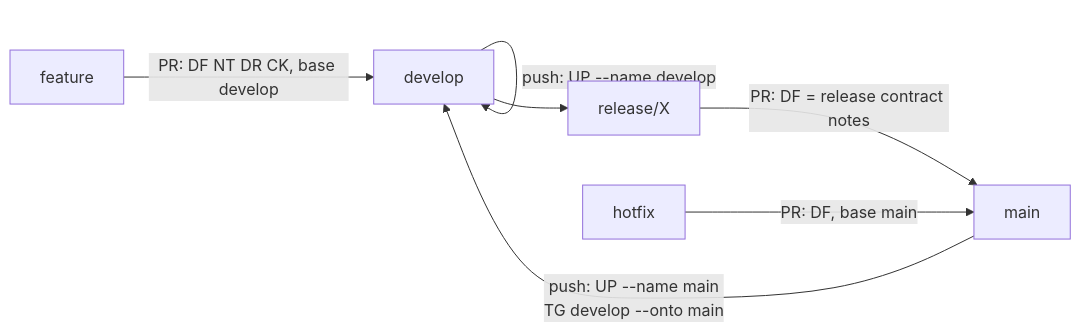
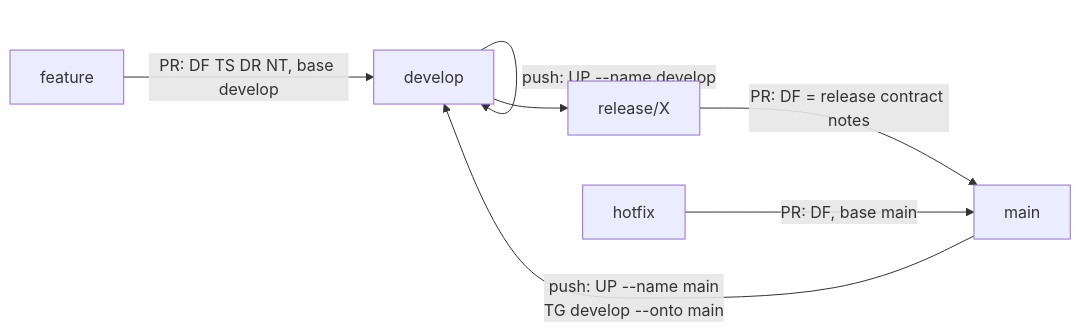
One commit to si4ai/repo-context-optimizer changed the third of 6 diagrams in docs/guide/adopting-rco.md. Above: the diagram before and after it, drawn with Mermaid. The commit also changed other lines of this file, not shown here.

````diff
--- a/docs/guide/adopting-rco.md
+++ b/docs/guide/adopting-rco.md
@@ -177,8 +177,8 @@
 ```mermaid
 flowchart LR
-  f["feature"] -->|"PR: DF NT DR CK, base develop"| d["develop"]
+  f["feature"] -->|"PR: DF TS DR NT, base develop"| d["develop"]
   d -->|"push: UP --name develop"| d
   d --> r["release/X"] -->|"PR: DF = release contract notes"| m["main"]
   h["hotfix"] -->|"PR: DF, base main"| m
   m -->|"push: UP --name main<br/>TG develop --onto main"| d
 ```
````
